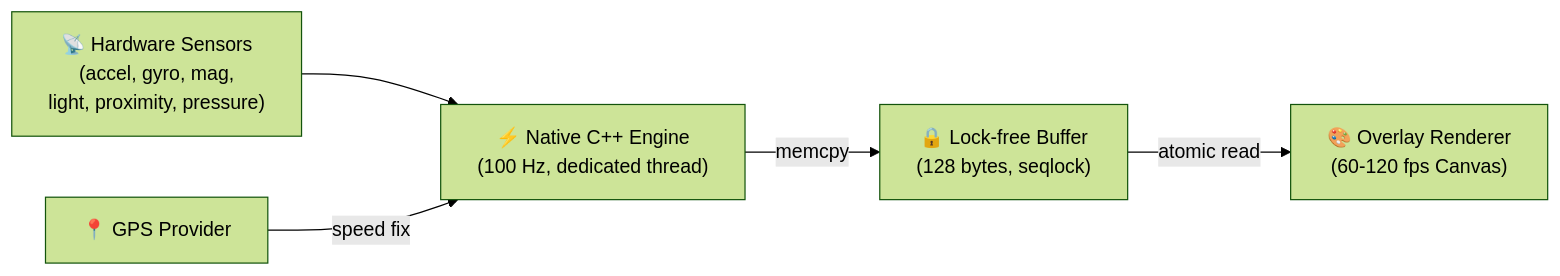
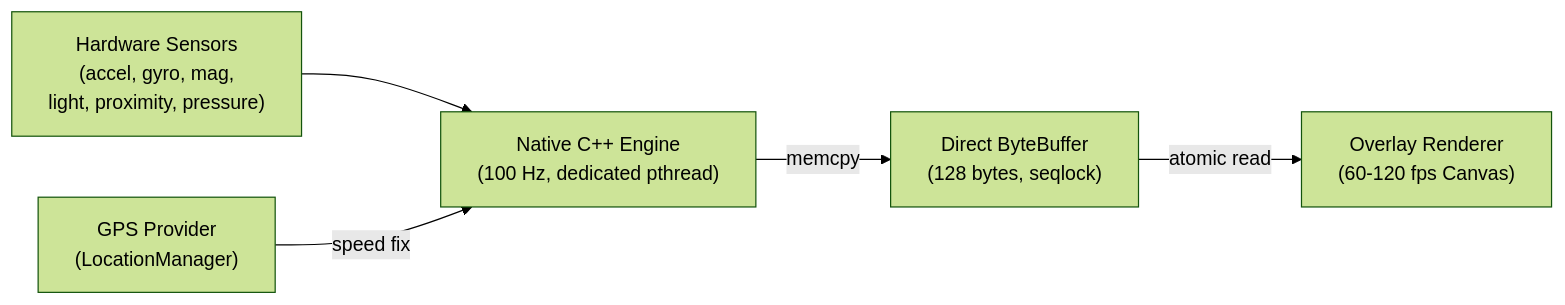
The diagram in README.md (SniperOfTDM/MotionClue), drawn with Mermaid (forest theme) before and after one commit. The commit also changed other lines of this file and 2 other files, not shown here.

````diff
--- a/README.md
+++ b/README.md
@@ -48,13 +35,13 @@
 ```mermaid
 flowchart LR
-    S["📡 Hardware Sensors\n(accel, gyro, mag,\nlight, proximity, pressure)"]
-    G["📍 GPS Provider"]
-    E["⚡ Native C++ Engine\n(100 Hz, dedicated thread)"]
-    B["🔒 Lock-free Buffer\n(128 bytes, seqlock)"]
-    K["🎨 Overlay Renderer\n(60-120 fps Canvas)"]
+    S["Hardware Sensors\n(accel, gyro, mag,\nlight, proximity, pressure)"]
+    G["GPS Provider\n(LocationManager)"]
+    E["Native C++ Engine\n(100 Hz, dedicated pthread)"]
+    B["Direct ByteBuffer\n(128 bytes, seqlock)"]
+    K["Overlay Renderer\n(60-120 fps Canvas)"]
 
     S --> E
     G -->|speed fix| E
     E -->|memcpy| B
     B -->|atomic read| K
 ```
````
